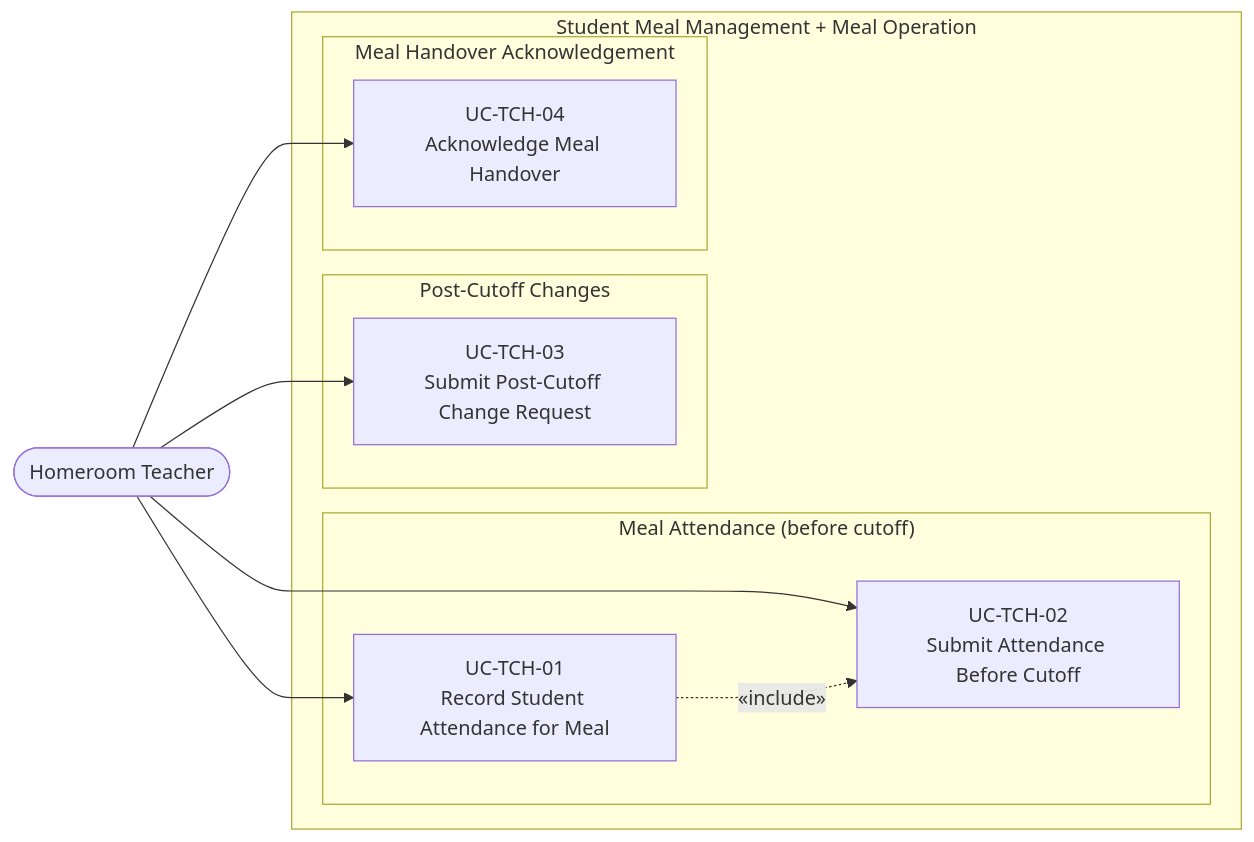
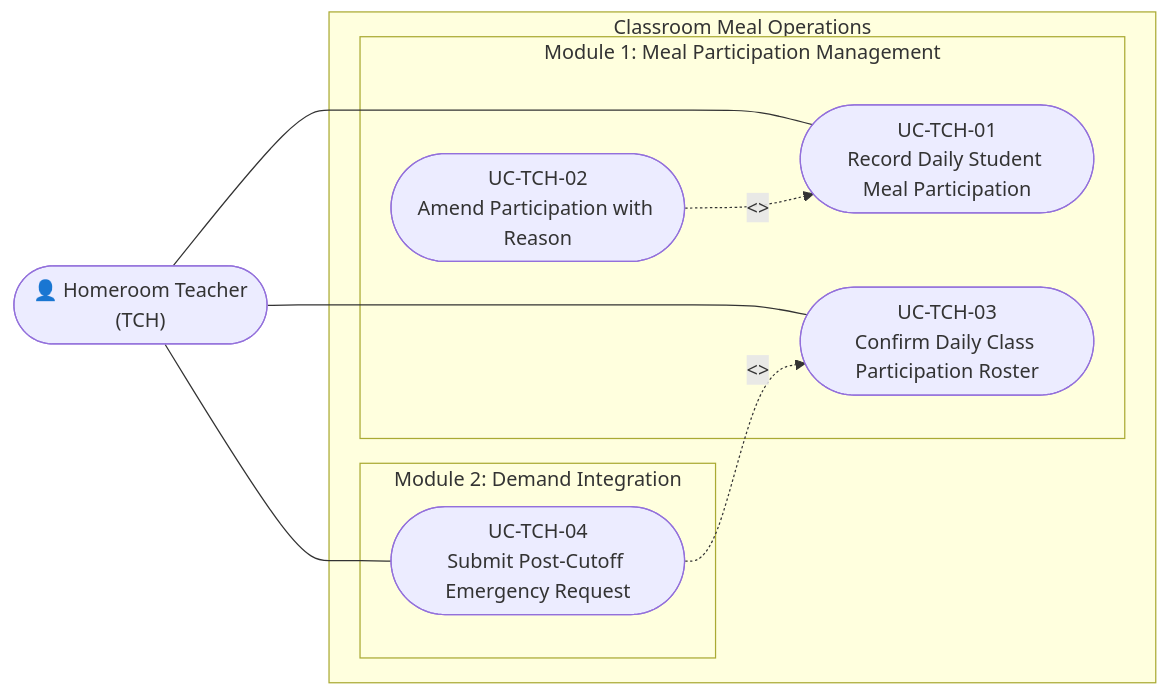
The diagram in docs/03-roles-usecases/usecase-teacher.md (Bernie-TruongTQ/PRIMARY_SCHOOL_SEMI-BOARDING_MEAL_MANAGEMENT_SYSTEM), drawn with Mermaid before and after one commit. The commit also changed other lines of this file and 19 other files, not shown here.

Commit message:
docs: add comprehensive top-down documentation covering roles, use cases, information architecture, and traceability

````diff
--- a/docs/03-roles-usecases/usecase-teacher.md
+++ b/docs/03-roles-usecases/usecase-teacher.md
@@ -5,26 +13,23 @@
 ```mermaid
-graph LR
-    TCH([Homeroom Teacher])
+flowchart LR
+    TCH(["👤 Homeroom Teacher\n(TCH)"])
 
-    subgraph SYSTEM["Student Meal Management + Meal Operation"]
-        subgraph ATT["Meal Attendance (before cutoff)"]
-            UC_TCH_01["UC-TCH-01\nRecord Student Attendance for Meal"]
-            UC_TCH_02["UC-TCH-02\nSubmit Attendance Before Cutoff"]
+    subgraph SYSTEM["Classroom Meal Operations"]
+        subgraph MOD1["Module 1: Meal Participation Management"]
+            UC1(["UC-TCH-01\nRecord Daily Student Meal Participation"])
+            UC2(["UC-TCH-02\nAmend Participation with Reason"])
+            UC3(["UC-TCH-03\nConfirm Daily Class Participation Roster"])
         end
 
-        subgraph CHG["Post-Cutoff Changes"]
-            UC_TCH_03["UC-TCH-03\nSubmit Post-Cutoff Change Request"]
-        end
-
-        subgraph HAND["Meal Handover Acknowledgement"]
-            UC_TCH_04["UC-TCH-04\nAcknowledge Meal Handover"]
+        subgraph MOD2["Module 2: Demand Integration"]
+            UC4(["UC-TCH-04\nSubmit Post-Cutoff Emergency Request"])
         end
     end
 
-    TCH --> UC_TCH_01
-    TCH --> UC_TCH_02
-    TCH --> UC_TCH_03
-    TCH --> UC_TCH_04
+    TCH --- UC1
+    TCH --- UC3
+    TCH --- UC4
 
-    UC_TCH_01 -.->|"«include»"| UC_TCH_02
+    UC2 -.->|"<<extend>>"| UC1
+    UC4 -.->|"<<extend>>"| UC3
 ```
````
